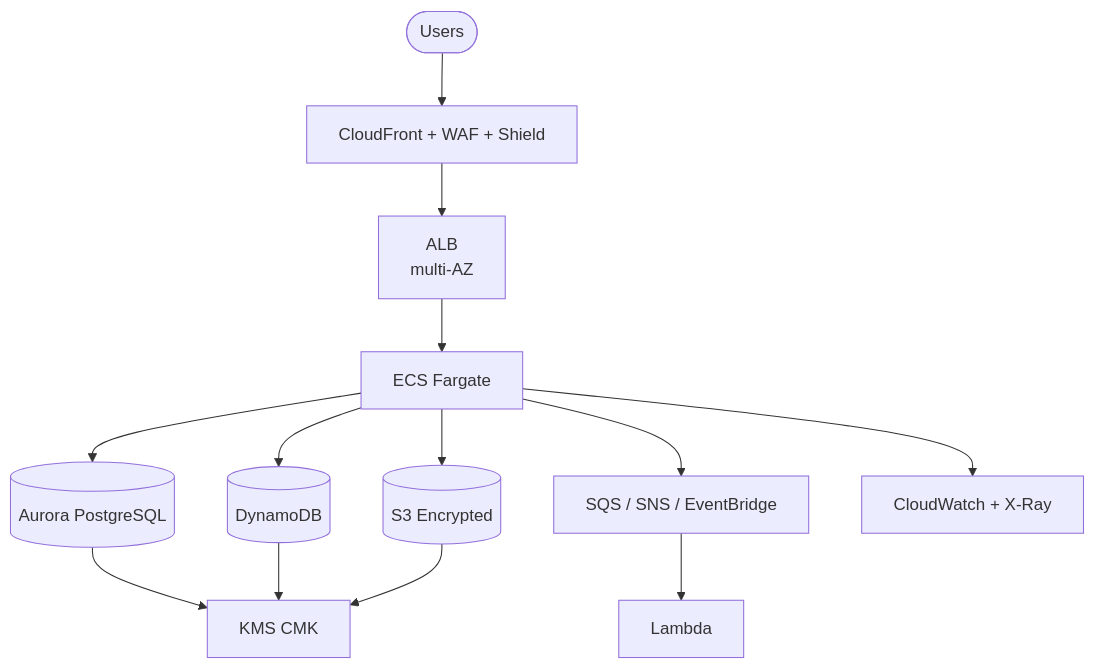
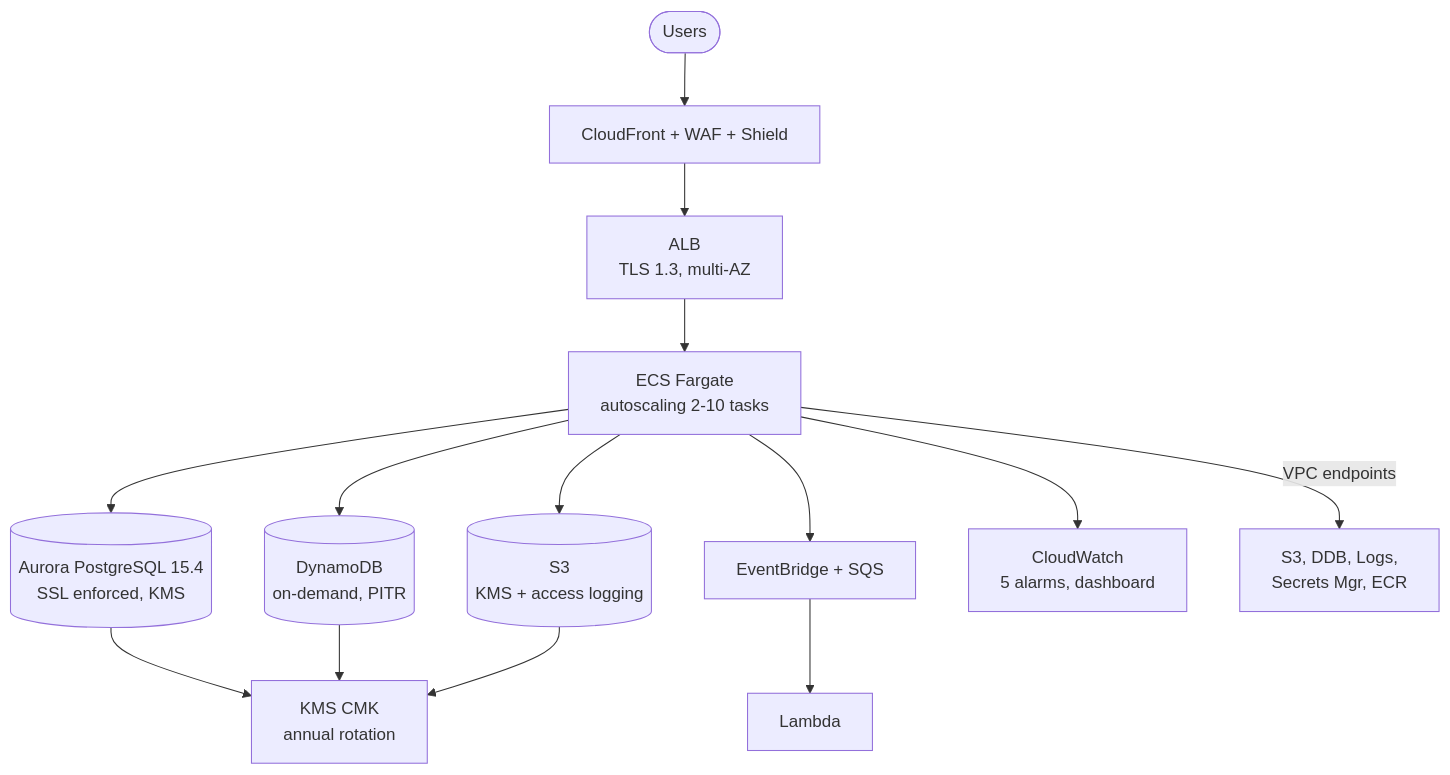
Before and after one commit to Causeway-banking-financial/Banking-and-financial-Consultancies: the diagram in README.md, drawn with Mermaid. The commit also changed other lines of this file, not shown here.

````diff
--- a/README.md
+++ b/README.md
@@ -30,15 +97,16 @@
 ```mermaid
 graph TB
     Users([Users]) --> CF[CloudFront + WAF + Shield]
-    CF --> ALB[ALB<br/>multi-AZ]
-    ALB --> ECS[ECS Fargate]
-    ECS --> Aurora[(Aurora PostgreSQL)]
-    ECS --> DDB[(DynamoDB)]
-    ECS --> S3[(S3 Encrypted)]
-    ECS --> SQS[SQS / SNS / EventBridge]
-    SQS --> Lambda[Lambda]
-    Aurora --> KMS[KMS CMK]
+    CF --> ALB[ALB<br/>TLS 1.3, multi-AZ]
+    ALB --> ECS[ECS Fargate<br/>autoscaling 2-10 tasks]
+    ECS --> Aurora[(Aurora PostgreSQL 15.4<br/>SSL enforced, KMS)]
+    ECS --> DDB[(DynamoDB<br/>on-demand, PITR)]
+    ECS --> S3[(S3<br/>KMS + access logging)]
+    ECS --> Events[EventBridge + SQS]
+    Events --> Lambda[Lambda]
+    Aurora --> KMS[KMS CMK<br/>annual rotation]
     DDB --> KMS
     S3 --> KMS
-    ECS --> CW[CloudWatch + X-Ray]
+    ECS --> CW[CloudWatch<br/>5 alarms, dashboard]
+    ECS -->|VPC endpoints| VPCE[S3, DDB, Logs,<br/>Secrets Mgr, ECR]
 ```
````
